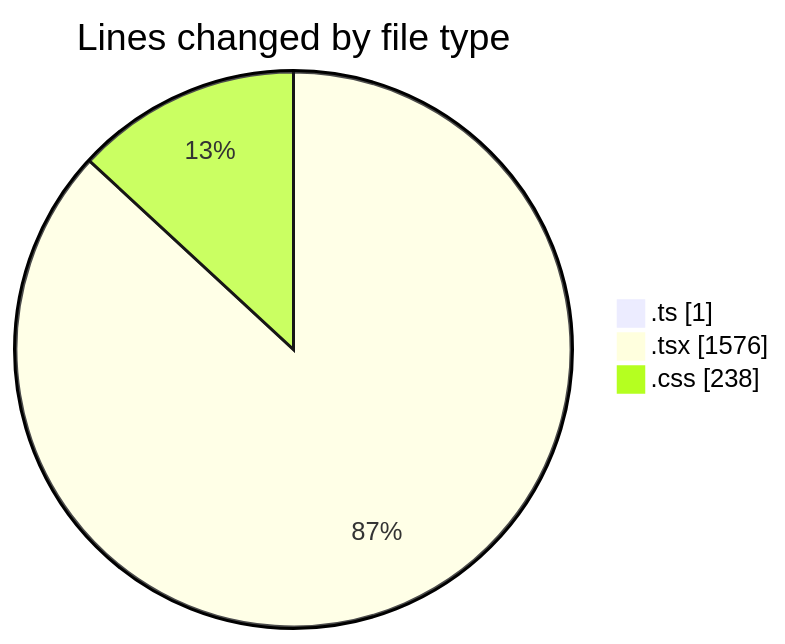
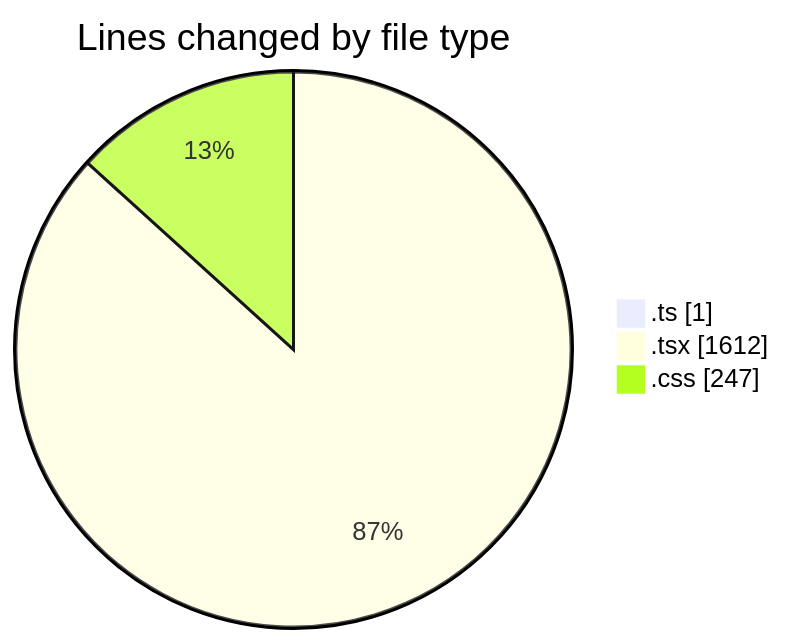
Before and after one commit to robertbonfada/code-tracking: the first of 2 diagrams in 2025-01-31/audiobooks-web/README.md, drawn with Mermaid. The commit also changed other lines of this file and 1 other file, not shown here.

````diff
--- a/2025-01-31/audiobooks-web/README.md
+++ b/2025-01-31/audiobooks-web/README.md
@@ -33,7 +34,7 @@
 ```mermaid
 pie showData
 title Lines changed by file type
 ".ts" : 1
-".tsx" : 1576
-".css" : 238
+".tsx" : 1612
+".css" : 247
 ```
````
